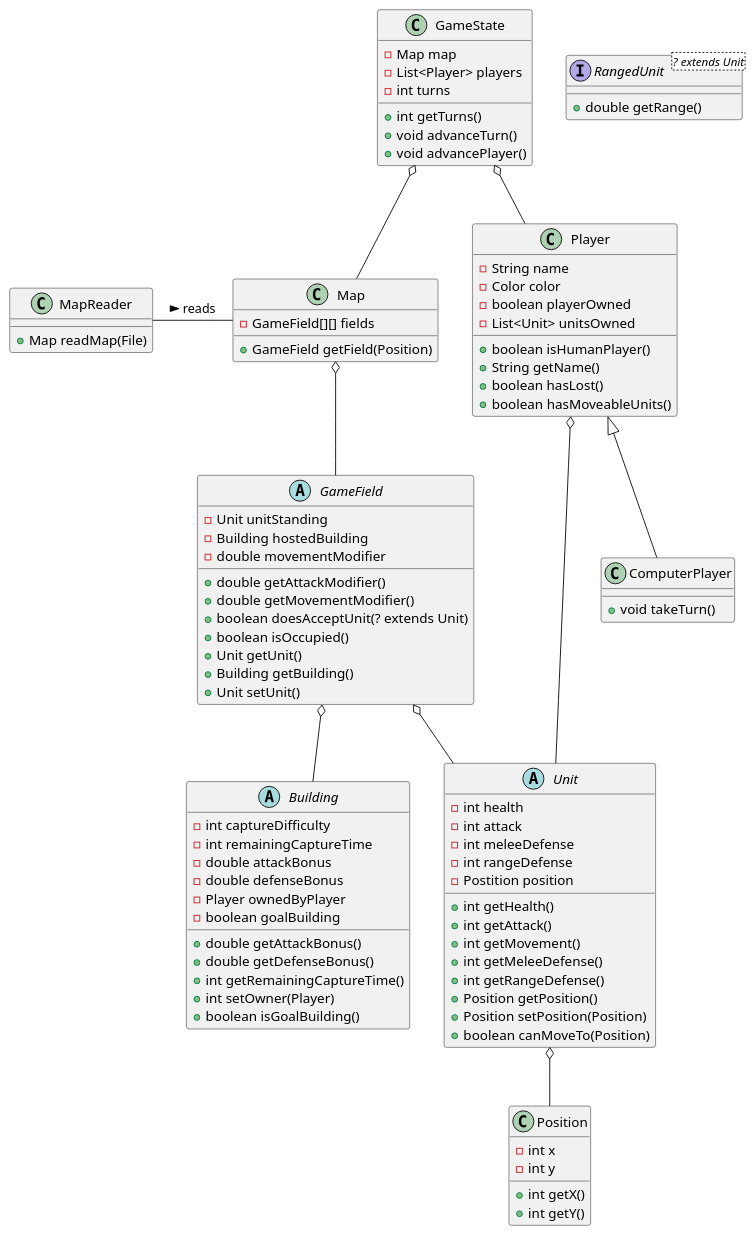
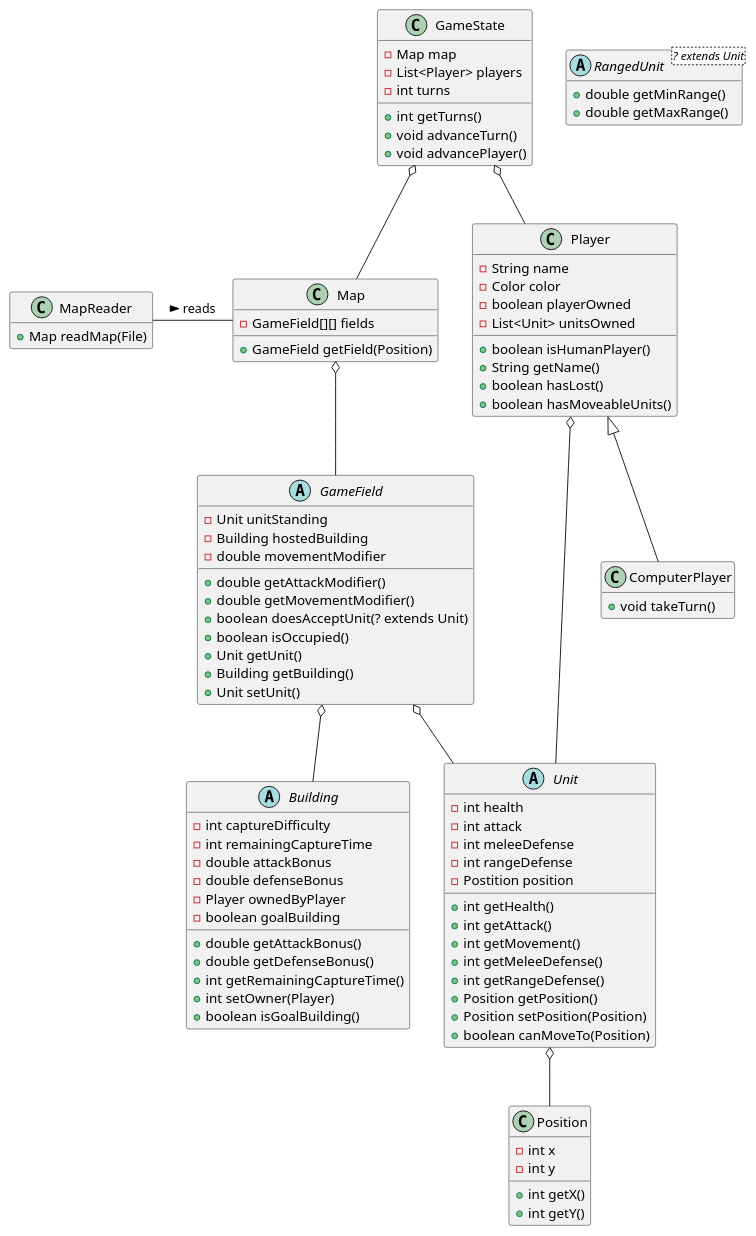
Before and after one commit to Fuuzetsu/dragon-wars: the diagram in doc/uml.plantuml, drawn with PlantUML.

Commit message:
RangedUnit to class

```diff
--- a/doc/uml.plantuml
+++ b/doc/uml.plantuml
@@ -1,103 +1,104 @@
 @startuml
 GameState o-- Map
 GameState o-- Player
 MapReader - Map : reads >
 Map o-- GameField
 GameField o-- Building
 GameField o-- Unit
 Unit o-- Position
 Player o-- Unit
 Player <|-- ComputerPlayer
 
 
 class GameState {
       -Map map
       -List<Player> players
       -int turns
       +int getTurns()
       +void advanceTurn()
       +void advancePlayer()
 }
 
 class Map {
       -GameField[][] fields
       +GameField getField(Position)
 }
 
 class Position {
       -int x
       -int y
       +int getX()
       +int getY()
 }
 
 class MapReader {
       +Map readMap(File)
 }
 
 abstract class Unit {	 
       -int health
       -int attack
       -int meleeDefense
       -int rangeDefense
       -Postition position
       +int getHealth()
       +int getAttack()
       +int getMovement()			 	 
       +int getMeleeDefense()
       +int getRangeDefense()
       +Position getPosition()
       +Position setPosition(Position)
       +boolean canMoveTo(Position)
 }
 
 
 class Player {
       -String name
       -Color color
       -boolean playerOwned
       -List<Unit> unitsOwned
       +boolean isHumanPlayer()
       +String getName()
       +boolean hasLost()
       +boolean hasMoveableUnits()
 }
 
 class ComputerPlayer {
       +void takeTurn()
 }
 
 abstract class Building {
       -int captureDifficulty
       -int remainingCaptureTime
       -double attackBonus
       -double defenseBonus
       -Player ownedByPlayer
       -boolean goalBuilding
       +double getAttackBonus()
       +double getDefenseBonus()
       +int getRemainingCaptureTime()
       +int setOwner(Player)
       +boolean isGoalBuilding()      
 }
 
 abstract class GameField {
       -Unit unitStanding
       -Building hostedBuilding
       -double movementModifier
       +double getAttackModifier()
       +double getMovementModifier()
       +boolean doesAcceptUnit(? extends Unit)
       +boolean isOccupied()
       +Unit getUnit()
       +Building getBuilding()
       +Unit setUnit()
 }
 
-interface RangedUnit<? extends Unit> {
-      +double getRange()
+abstract class RangedUnit<? extends Unit> {
+      +double getMinRange()
+      +double getMaxRange()
 }
 
-
+hide empty members
 
 @enduml
```
